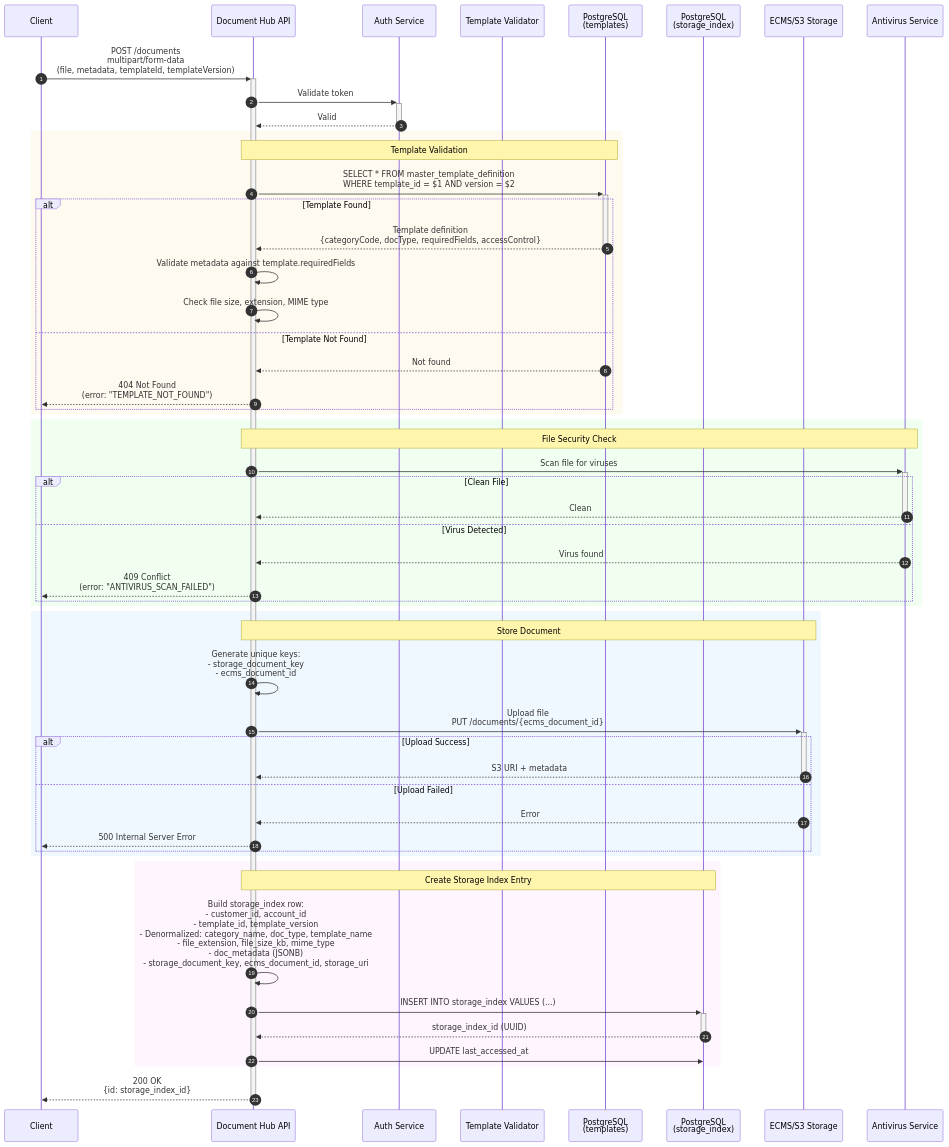
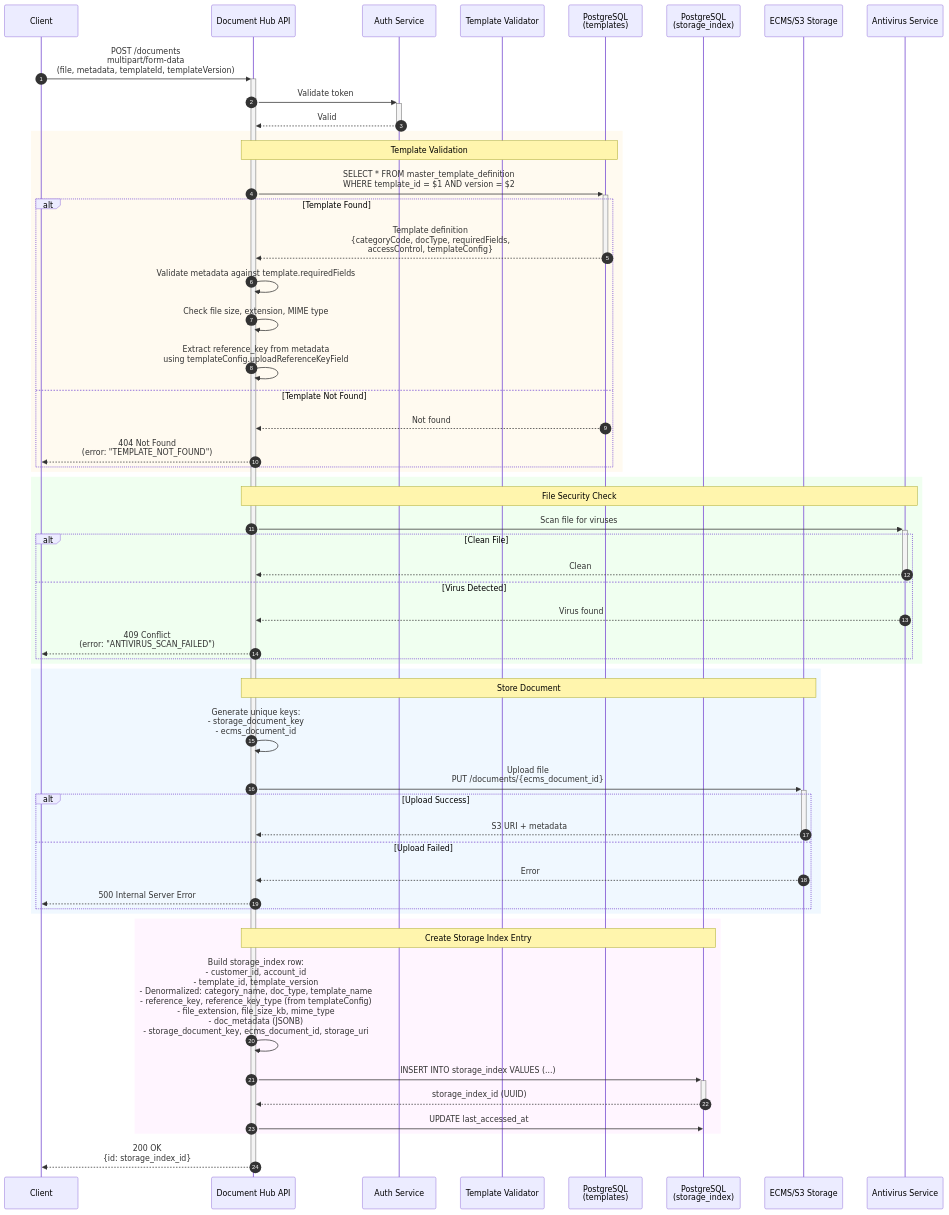
The second of 14 diagrams in docs/sequence-diagrams/complete_api_sequence_diagrams.md (ghmd86/document-hub), drawn with Mermaid before and after one commit. The commit also changed other lines of this file and 5 other files, not shown here.

First line of the commit message:
Add template_config JSONB column for operational configurations

````diff
--- a/docs/sequence-diagrams/complete_api_sequence_diagrams.md
+++ b/docs/sequence-diagrams/complete_api_sequence_diagrams.md
@@ -63,70 +63,71 @@
 ```mermaid
 sequenceDiagram
     autonumber
 
     participant Client
     participant API as Document Hub API
     participant Auth as Auth Service
     participant Validator as Template Validator
     participant TemplateDB as PostgreSQL<br/>(templates)
     participant StorageDB as PostgreSQL<br/>(storage_index)
     participant ECMS as ECMS/S3 Storage
     participant Virus as Antivirus Service
 
     Client->>+API: POST /documents<br/>multipart/form-data<br/>(file, metadata, templateId, templateVersion)
 
     API->>+Auth: Validate token
     Auth-->>-API: Valid
 
     rect rgb(255, 250, 240)
         Note over API,TemplateDB: Template Validation
         API->>+TemplateDB: SELECT * FROM master_template_definition<br/>WHERE template_id = $1 AND version = $2
 
         alt Template Found
-            TemplateDB-->>-API: Template definition<br/>{categoryCode, docType, requiredFields, accessControl}
+            TemplateDB-->>-API: Template definition<br/>{categoryCode, docType, requiredFields,<br/>accessControl, templateConfig}
             API->>API: Validate metadata against template.requiredFields
             API->>API: Check file size, extension, MIME type
+            API->>API: Extract reference_key from metadata<br/>using templateConfig.uploadReferenceKeyField
         else Template Not Found
             TemplateDB-->>API: Not found
             API-->>Client: 404 Not Found<br/>(error: "TEMPLATE_NOT_FOUND")
         end
     end
 
     rect rgb(240, 255, 240)
         Note over API,Virus: File Security Check
         API->>+Virus: Scan file for viruses
 
         alt Clean File
             Virus-->>-API: Clean
         else Virus Detected
             Virus-->>API: Virus found
             API-->>Client: 409 Conflict<br/>(error: "ANTIVIRUS_SCAN_FAILED")
         end
     end
 
     rect rgb(240, 248, 255)
         Note over API,ECMS: Store Document
         API->>API: Generate unique keys:<br/>- storage_document_key<br/>- ecms_document_id
 
         API->>+ECMS: Upload file<br/>PUT /documents/{ecms_document_id}
 
         alt Upload Success
             ECMS-->>-API: S3 URI + metadata
         else Upload Failed
             ECMS-->>API: Error
             API-->>Client: 500 Internal Server Error
         end
     end
 
     rect rgb(255, 245, 255)
         Note over API,StorageDB: Create Storage Index Entry
-        API->>API: Build storage_index row:<br/>- customer_id, account_id<br/>- template_id, template_version<br/>- Denormalized: category_name, doc_type, template_name<br/>- file_extension, file_size_kb, mime_type<br/>- doc_metadata (JSONB)<br/>- storage_document_key, ecms_document_id, storage_uri
+        API->>API: Build storage_index row:<br/>- customer_id, account_id<br/>- template_id, template_version<br/>- Denormalized: category_name, doc_type, template_name<br/>- reference_key, reference_key_type (from templateConfig)<br/>- file_extension, file_size_kb, mime_type<br/>- doc_metadata (JSONB)<br/>- storage_document_key, ecms_document_id, storage_uri
 
         API->>+StorageDB: INSERT INTO storage_index VALUES (...)
         StorageDB-->>-API: storage_index_id (UUID)
 
         API->>StorageDB: UPDATE last_accessed_at
     end
 
     API-->>-Client: 200 OK<br/>{id: storage_index_id}
 ```
````
